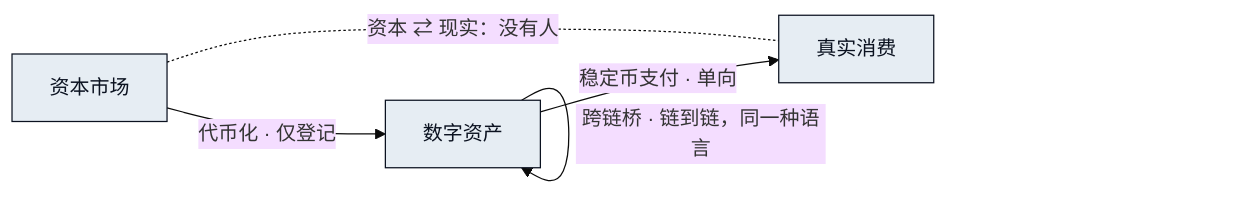
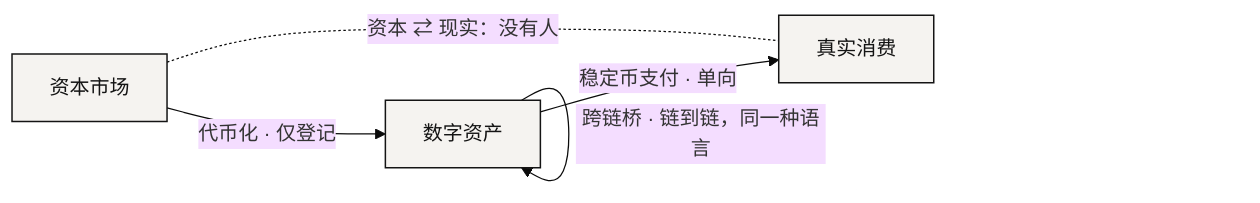
One commit to NEXONMarkets/NEXON-Whitepaper changed the diagram in docs/zh/01-the-split/why-bridges-failed.md. Above: the diagram before and after it, drawn with Mermaid (base theme). The commit also changed other lines of this file and 85 other files, not shown here.

````diff
--- a/docs/zh/01-the-split/why-bridges-failed.md
+++ b/docs/zh/01-the-split/why-bridges-failed.md
@@ -36,16 +36,15 @@
 ```mermaid
 flowchart LR
     C["资本市场"]
     D["数字资产"]
     R["真实消费"]
     D -->|"跨链桥 · 链到链，同一种语言"| D
     C -->|"代币化 · 仅登记"| D
     D -->|"稳定币支付 · 单向"| R
     C -. "资本 ⇄ 现实：没有人" .- R
-    %% NEXON palette v0 · placeholder until VI locks
-    classDef navy  fill:#0B1220,stroke:#22D3EE,stroke-width:1.5px,color:#E6EDF3
-    classDef cyan  fill:#22D3EE,stroke:#0B1220,stroke-width:1.5px,color:#0B1220
-    classDef light fill:#E6EDF3,stroke:#0B1220,stroke-width:1px,color:#0B1220
-    classDef ghost fill:#FFFFFF,stroke:#22D3EE,stroke-width:1px,stroke-dasharray:4 3,color:#0B1220
-    class C,D,R light
+    classDef anchor fill:#047854,stroke:#047854,stroke-width:1.5px,color:#F5F3F0
+    classDef engine fill:#8B5CF6,stroke:#8B5CF6,stroke-width:1.5px,color:#F5F3F0
+    classDef solid  fill:#F5F3F0,stroke:#141414,stroke-width:1.2px,color:#141414
+    classDef ghost  fill:#F5F3F0,stroke:#059669,stroke-width:1.2px,stroke-dasharray:4 3,color:#141414
+    class C,D,R solid
 ```
````
